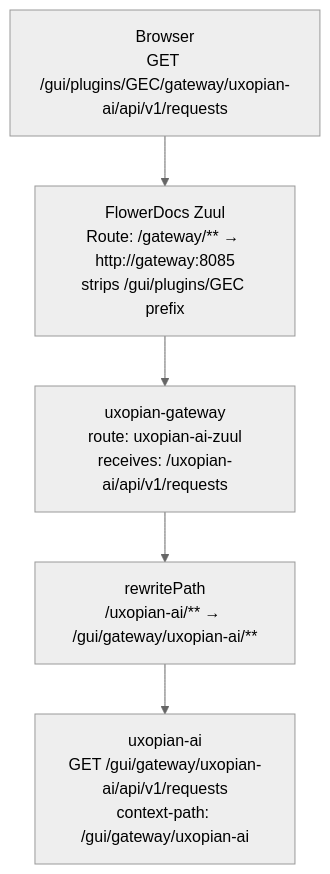
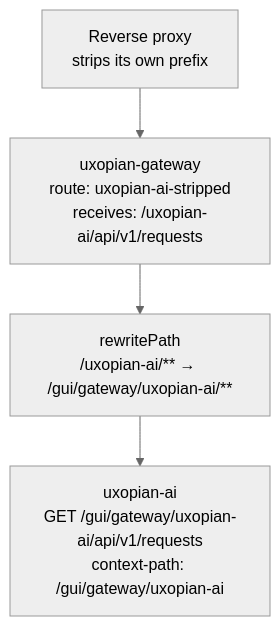
The second of 2 diagrams in docs/uxopian-ai/how_to/configure_gateway_routes.md (Uxopian/uxodocs), drawn with Mermaid (neutral theme) before and after one commit. The commit also changed other lines of this file and 3 other files, not shown here.

First line of the commit message:
docs(uxopian-ai): document a single FlowerDocs setup (TMAPR-7144)

````diff
--- a/docs/uxopian-ai/how_to/configure_gateway_routes.md
+++ b/docs/uxopian-ai/how_to/configure_gateway_routes.md
@@ -278,10 +273,9 @@
 ```mermaid
 flowchart TD
-    Browser["Browser<br/>GET /gui/plugins/GEC/gateway/uxopian-ai/api/v1/requests"]
-    Zuul["FlowerDocs Zuul<br/>Route: /gateway/** → http://gateway:8085<br/>strips /gui/plugins/GEC prefix"]
-    GW["uxopian-gateway<br/>route: uxopian-ai-zuul<br/>receives: /uxopian-ai/api/v1/requests"]
+    Proxy["Reverse proxy<br/>strips its own prefix"]
+    GW["uxopian-gateway<br/>route: uxopian-ai-stripped<br/>receives: /uxopian-ai/api/v1/requests"]
     RW["rewritePath<br/>/uxopian-ai/** → /gui/gateway/uxopian-ai/**"]
     AI["uxopian-ai<br/>GET /gui/gateway/uxopian-ai/api/v1/requests<br/>context-path: /gui/gateway/uxopian-ai"]
 
-    Browser --> Zuul --> GW --> RW --> AI
+    Proxy --> GW --> RW --> AI
 ```
````
